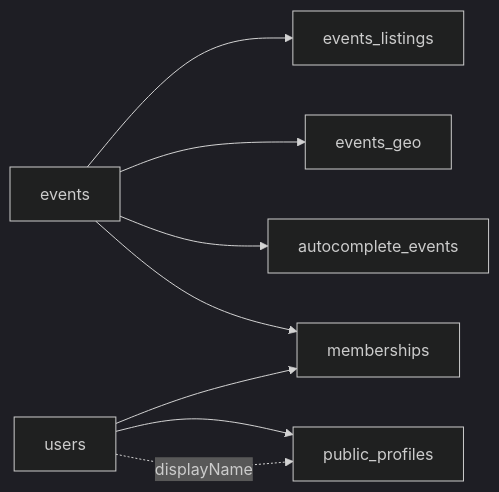
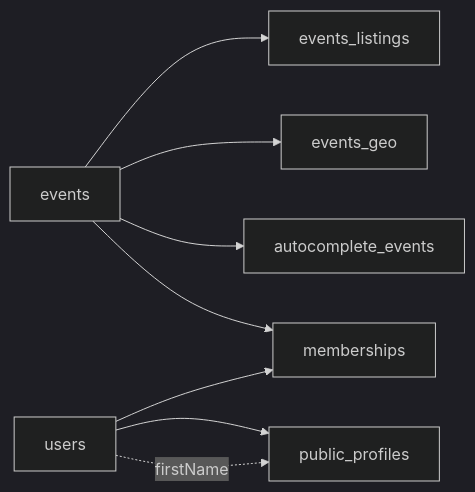
Before and after one commit to thaenor/pair-up-events: the diagram in Docs/data-model.md, drawn with Mermaid (dark theme). The commit also changed other lines of this file and 3 other files, not shown here.

`````diff
--- a/Docs/data-model.md
+++ b/Docs/data-model.md
@@ -329,10 +319,10 @@
 ```mermaid
 graph LR
   A[events] --> B[events_listings]
   A --> C[events_geo]
   A --> D[autocomplete_events]
   E[users] --> F[memberships]
   E --> G[public_profiles]
   A --> F
-  E -.->|displayName| G
+  E -.->|firstName| G
 ````
`````
